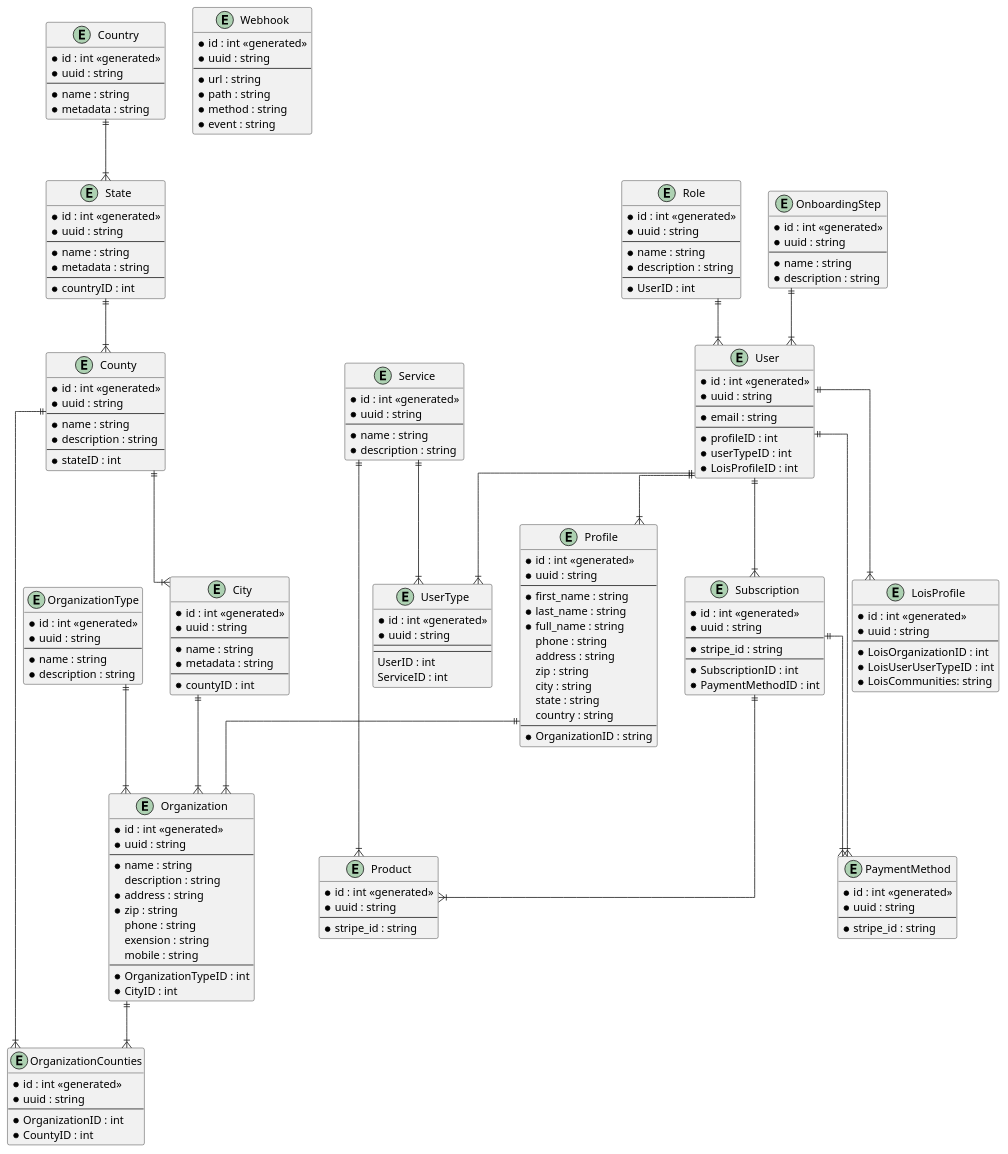
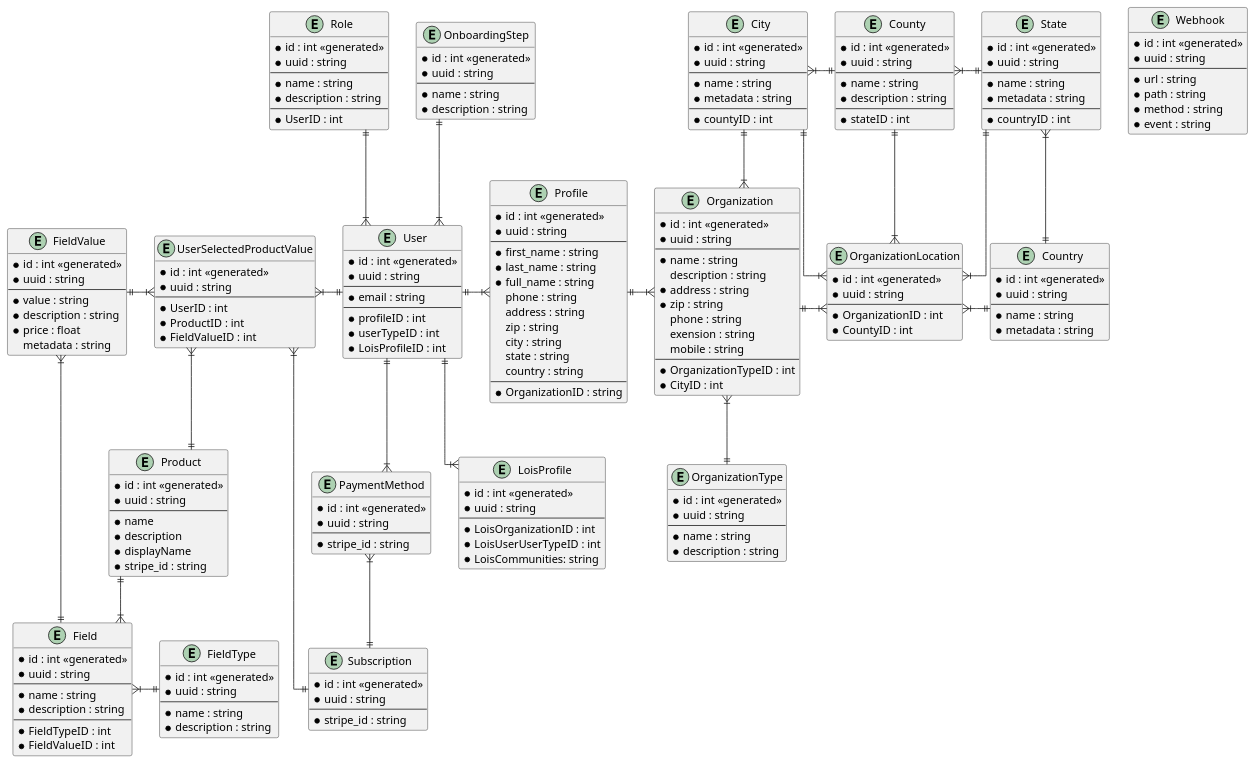
One commit to acorrea-designli/strata-backend-docs changed the diagram in docs/architecture/erd.mdx. Above: the diagram before and after it, drawn with PlantUML. The commit also changed 3 other files, not shown here.

Commit message:
feat: erd update and product doc section

````diff
--- a/docs/architecture/erd.mdx
+++ b/docs/architecture/erd.mdx
@@ -98,7 +98,7 @@
 	* metadata : string
 }
 
-entity OrganizationCounties {
+entity OrganizationLocation {
 	* id : int <<generated>>
 	* uuid : string
 	--
@@ -124,23 +124,6 @@
 	* UserID : int
 }
 
-entity UserType {
-	* id : int <<generated>>
-	* uuid : string
-	--
-	--
-	UserID : int
-	ServiceID : int
-}
-
-entity Service {
-	* id : int <<generated>>
-	* uuid : string
-	--
-	* name : string
-	* description : string
-}
-
 entity Webhook {
 	* id : int <<generated>>
 	* uuid : string
@@ -156,9 +139,6 @@
 	* uuid : string
 	--
 	* stripe_id : string
-	--
-	* SubscriptionID : int
-	* PaymentMethodID : int
 }
 
 entity PaymentMethod {
@@ -172,7 +152,39 @@
 	* id : int <<generated>>
 	* uuid : string
 	--
+	* name
+	* description
+	* displayName
 	* stripe_id : string
+}
+
+entity Field {
+	* id : int <<generated>>
+	* uuid : string
+	--
+	* name : string
+	* description : string
+	--
+	* FieldTypeID : int
+	* FieldValueID : int
+}
+
+entity FieldType {
+	* id : int <<generated>>
+	* uuid : string
+	--
+	* name : string
+	* description : string
+}
+
+entity FieldValue {
+	* id : int <<generated>>
+	* uuid : string
+	--
+	* value : string
+	* description : string
+	* price : float
+	metadata : string
 }
 
 entity OnboardingStep {
@@ -183,35 +195,53 @@
 	* description : string
 }
 
+entity UserSelectedProductValue { 
+	* id : int <<generated>>
+	* uuid : string
+	--
+	* UserID : int
+	* ProductID : int
+	* FieldValueID : int
+}
 
 Role ||--|{ User
 
-User ||--|{ Profile
+User ||-right-|{ Profile
 User ||--|{ LoisProfile
-User ||--|{ UserType
 
-User ||--|{ Subscription
 User ||--|{ PaymentMethod
 
 OnboardingStep ||--|{ User
 
-Profile ||--|{ Organization
-OrganizationType ||--|{ Organization
+Profile ||-right-|{ Organization
+OrganizationType ||-up-|{ Organization
 
-Organization ||--|{ OrganizationCounties
+Organization ||-right-|{ OrganizationLocation
 City ||--|{ Organization
-County ||--|{ OrganizationCounties
 
-Country ||--|{ State
-State ||--|{ County
-County ||--|{ City
+County ||-down-|{ OrganizationLocation
+State ||--|{ OrganizationLocation
+Country ||-left-|{ OrganizationLocation
+City ||--|{ OrganizationLocation
 
-Subscription ||--|{ Product
-Subscription ||--|{ PaymentMethod
-
-Service ||--|{ UserType
-Service ||--|{ Product
+Country ||-up-|{ State
+State ||-left-|{ County
+County ||-left-|{ City
 
 
-}
+Subscription ||-up-|{ PaymentMethod
+
+Product ||-down-|{ Field
+
+FieldType ||-left-|{ Field
+FieldValue }|-right-|| Field
+
+
+User ||-left-|{ UserSelectedProductValue
+Product ||-up-|{ UserSelectedProductValue
+FieldValue ||-right-|{ UserSelectedProductValue
+
+
+Subscription ||--|{ UserSelectedProductValue
+
 ```
````
